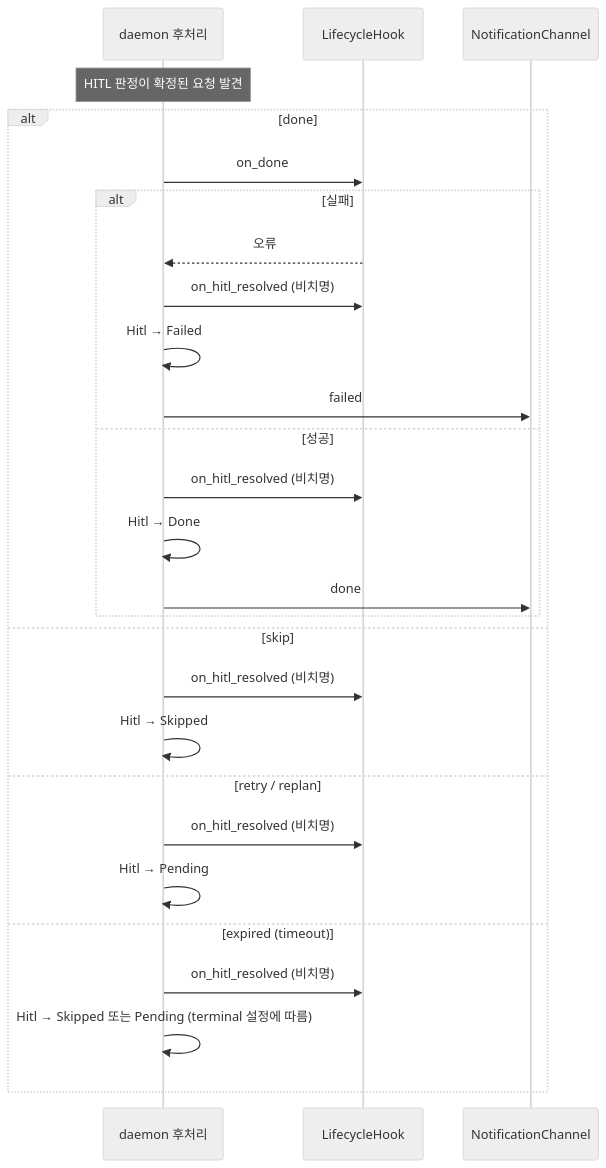
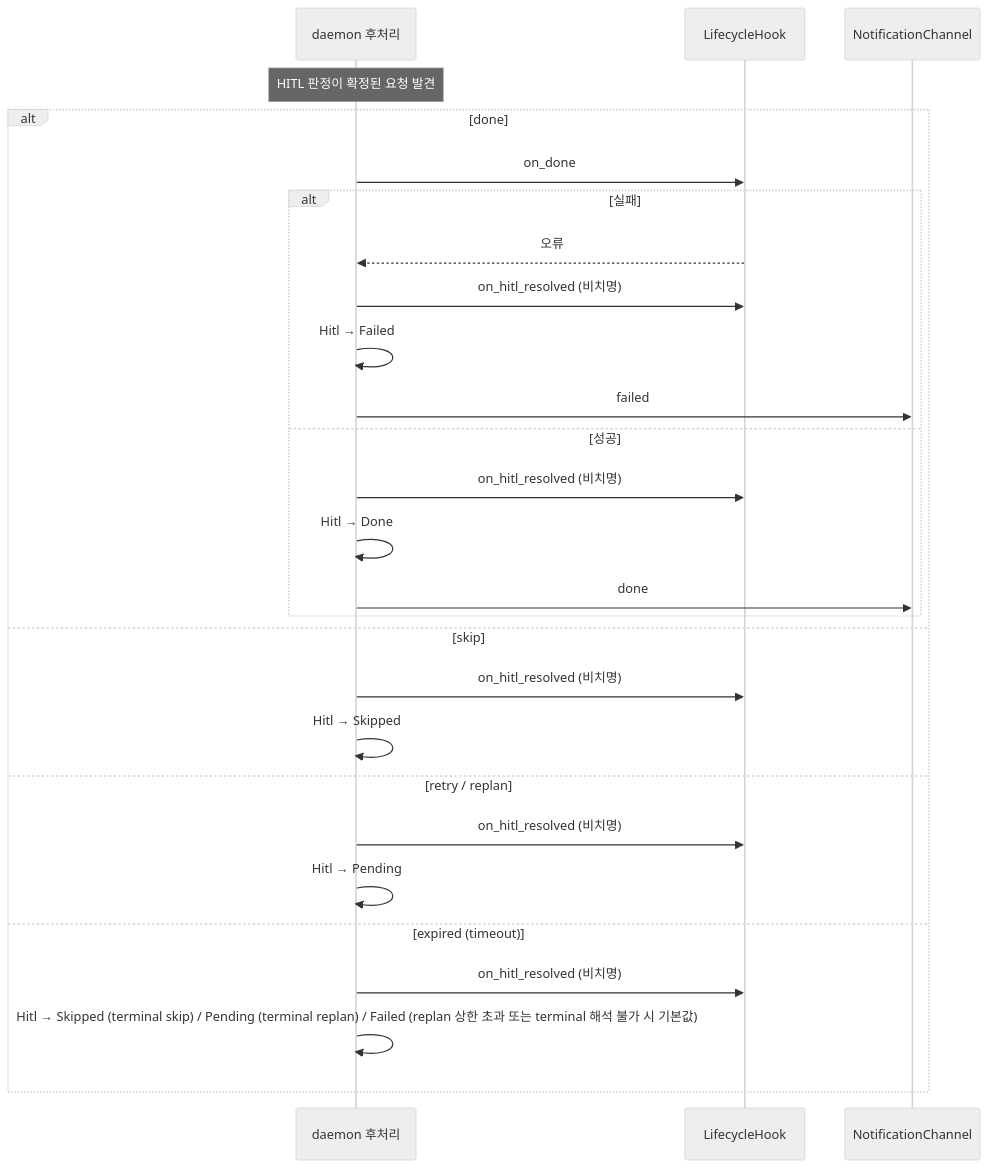
One commit to kys0213/belt changed the fifth of 6 diagrams in spec/concerns/lifecycle-hook.md. Above: the diagram before and after it, drawn with Mermaid (neutral theme). The commit also changed 2 other files, not shown here.

Commit message:
docs(spec): align on_done script, expired outcomes and delivery retry wording

````diff
--- a/spec/concerns/lifecycle-hook.md
+++ b/spec/concerns/lifecycle-hook.md
@@ -162,29 +162,29 @@
 ```mermaid
 sequenceDiagram
     participant D as daemon 후처리
     participant HK as LifecycleHook
     participant CH as NotificationChannel
     Note over D: HITL 판정이 확정된 요청 발견
     alt done
         D->>HK: on_done
         alt 실패
             HK-->>D: 오류
             D->>HK: on_hitl_resolved (비치명)
             D->>D: Hitl → Failed
             D->>CH: failed
         else 성공
             D->>HK: on_hitl_resolved (비치명)
             D->>D: Hitl → Done
             D->>CH: done
         end
     else skip
         D->>HK: on_hitl_resolved (비치명)
         D->>D: Hitl → Skipped
     else retry / replan
         D->>HK: on_hitl_resolved (비치명)
         D->>D: Hitl → Pending
     else expired (timeout)
         D->>HK: on_hitl_resolved (비치명)
-        D->>D: Hitl → Skipped 또는 Pending (terminal 설정에 따름)
+        D->>D: Hitl → Skipped (terminal skip) / Pending (terminal replan) / Failed (replan 상한 초과 또는 terminal 해석 불가 시 기본값)
     end
 ```
````
